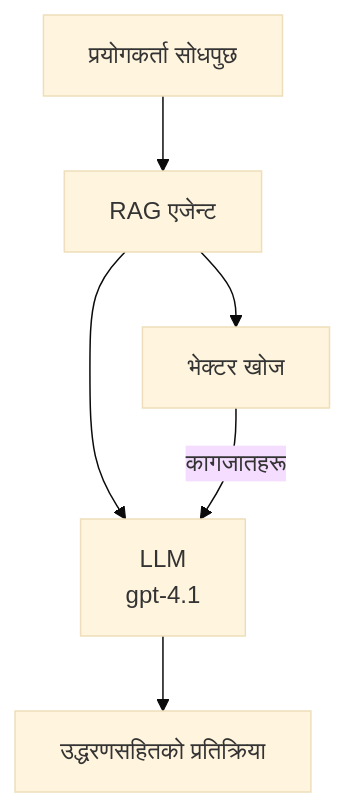
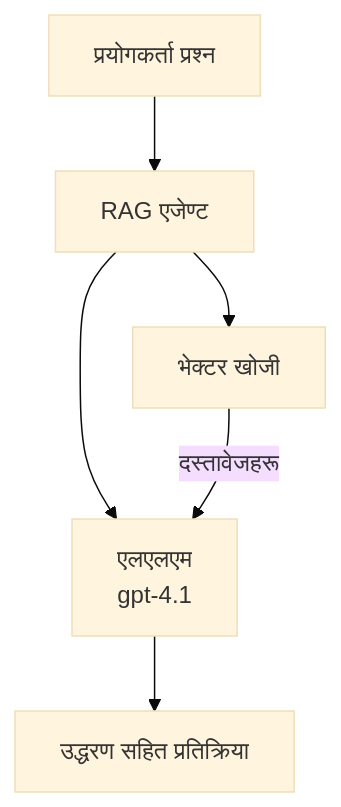
Before and after one commit to microsoft/AZD-for-beginners: the second of 3 diagrams in translations/ne/docs/chapter-02-ai-development/agents.md, drawn with Mermaid (base theme). The commit also changed other lines of this file and 104 other files, not shown here.

````diff
--- a/translations/ne/docs/chapter-02-ai-development/agents.md
+++ b/translations/ne/docs/chapter-02-ai-development/agents.md
@@ -175,8 +181,8 @@
 ```mermaid
 graph TD
-    Query[प्रयोगकर्ता सोधपुछ] --> RAG[RAG एजेन्ट]
-    RAG --> Vector[भेक्टर खोज]
-    RAG --> LLM[LLM<br/>gpt-4.1]
-    Vector -- कागजातहरू --> LLM
-    LLM --> Response[उद्धरणसहितको प्रतिक्रिया]
+    Query[प्रयोगकर्ता प्रश्न] --> RAG[RAG एजेण्ट]
+    RAG --> Vector[भेक्टर खोजी]
+    RAG --> LLM[एलएलएम<br/>gpt-4.1]
+    Vector -- दस्तावेजहरू --> LLM
+    LLM --> Response[उद्धरण सहित प्रतिक्रिया]
 ```
````
